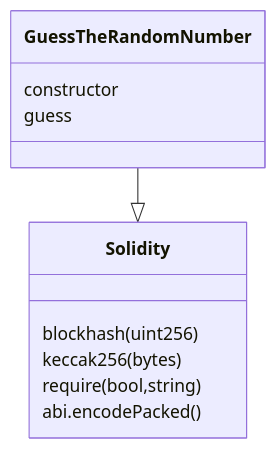
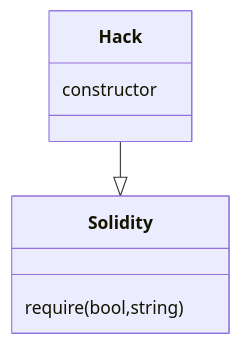
The diagram in result/call_graph_results/call-graph.md (siksum/SafeDevAnalyzer), drawn with Mermaid before and after one commit. The commit also changed 15 other files, not shown here.

````diff
--- a/result/call_graph_results/call-graph.md
+++ b/result/call_graph_results/call-graph.md
@@ -1,15 +1,11 @@
 ```mermaid
 classDiagram
-	class GuessTheRandomNumber{
+	class Hack{
 		constructor
-		guess
 	}
 	class Solidity{
-		blockhash(uint256)
-		keccak256(bytes)
 		require(bool,string)
-		abi.encodePacked()
 	}
-GuessTheRandomNumber --|> Solidity
+Hack --|> Solidity
 
 ```
````
